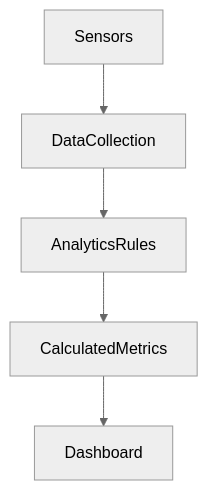
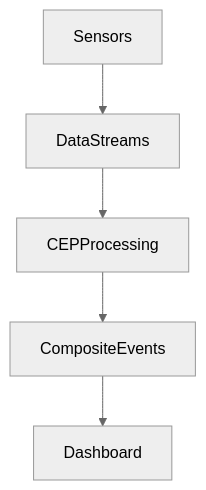
Before and after one commit to kto-to20/practica14-2: the second of 2 diagrams in README.md, drawn with Mermaid (neutral theme). The commit also changed other lines of this file and 30 other files, not shown here.

````diff
--- a/README.md
+++ b/README.md
@@ -117,8 +128,8 @@
 ```mermaid
 graph TD
 
-Sensors --> DataCollection
-DataCollection --> AnalyticsRules
-AnalyticsRules --> CalculatedMetrics
-CalculatedMetrics --> Dashboard
+Sensors --> DataStreams
+DataStreams --> CEPProcessing
+CEPProcessing --> CompositeEvents
+CompositeEvents --> Dashboard
 ```
````
